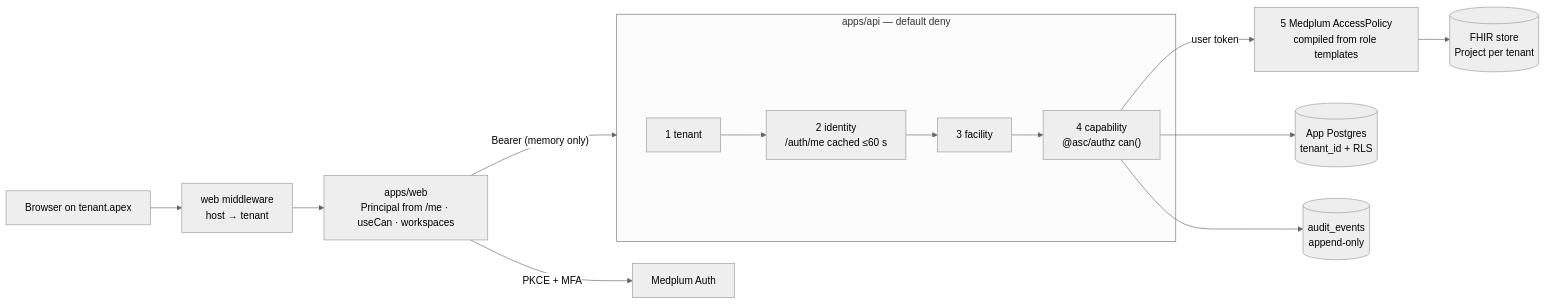
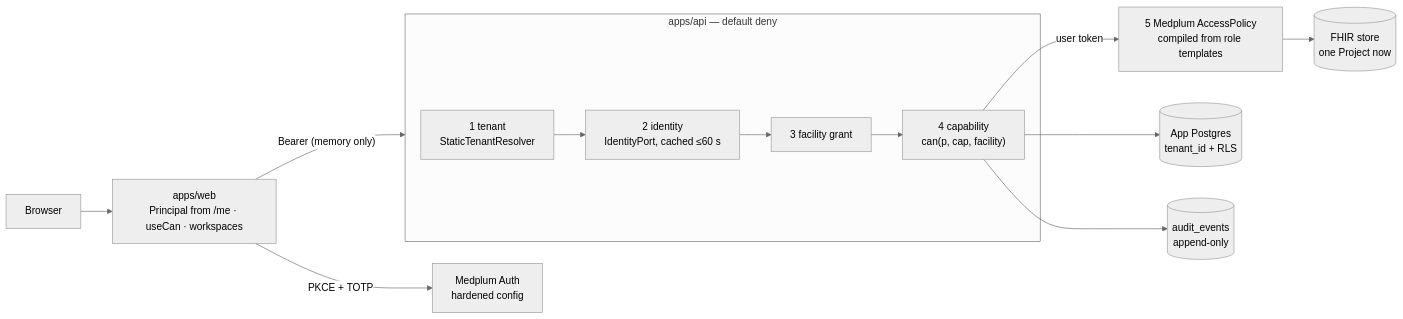
Before and after one commit to imRahul05/ASC-EHR: the second of 6 diagrams in docs/plan/iam/before-after-architecture.md, drawn with Mermaid (neutral theme). The commit also changed other lines of this file, not shown here.

Commit message:
docs(plan): align before/after diagrams with the single-tenant core

````diff
--- a/docs/plan/iam/before-after-architecture.md
+++ b/docs/plan/iam/before-after-architecture.md
@@ -21,14 +21,13 @@
 ```mermaid
 flowchart LR
-    U["Browser on tenant.apex"] --> MW["web middleware<br/>host → tenant"]
-    MW --> W["apps/web<br/>Principal from /me · useCan · workspaces"]
-    W -->|"PKCE + MFA"| MA["Medplum Auth"]
+    U["Browser"] --> W["apps/web<br/>Principal from /me · useCan · workspaces"]
+    W -->|"PKCE + TOTP"| MA["Medplum Auth<br/>hardened config"]
     W -->|"Bearer (memory only)"| API
     subgraph API ["apps/api — default deny"]
-        G1["1 tenant"] --> G2["2 identity<br/>/auth/me cached ≤60 s"] --> G3["3 facility"] --> G4["4 capability<br/>@asc/authz can()"]
+        G1["1 tenant<br/>StaticTenantResolver"] --> G2["2 identity<br/>IdentityPort, cached ≤60 s"] --> G3["3 facility grant"] --> G4["4 capability<br/>can(p, cap, facility)"]
     end
     G4 -->|"user token"| G5["5 Medplum AccessPolicy<br/>compiled from role templates"]
-    G5 --> FHIR[("FHIR store<br/>Project per tenant")]
+    G5 --> FHIR[("FHIR store<br/>one Project now")]
     G4 --> PG[("App Postgres<br/>tenant_id + RLS")]
     G4 --> AUD[("audit_events<br/>append-only")]
 ```
````
